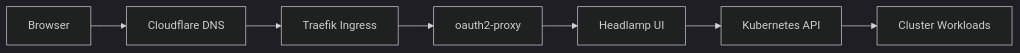
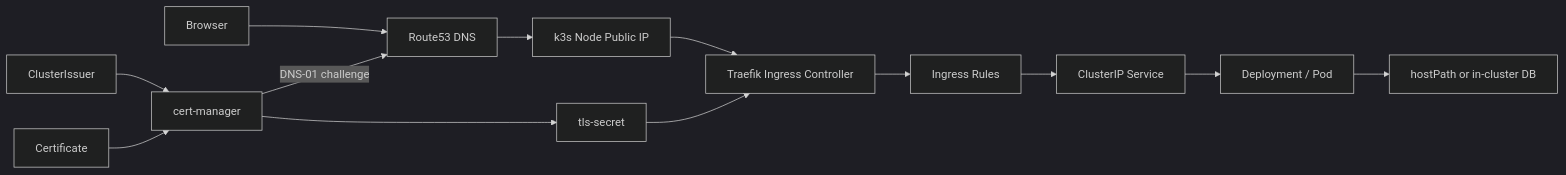
The first of 6 diagrams in README.md (bookseal/bit-habit-infra), drawn with Mermaid (dark theme) before and after one commit. The commit also changed other lines of this file, not shown here.

Commit message:
Rewrite README for beginner-friendly infra flow

````diff
--- a/README.md
+++ b/README.md
@@ -28,17 +21,23 @@
 ```mermaid
 flowchart LR
     User[Browser]
-    DNS[Cloudflare DNS]
-    Traefik[Traefik Ingress]
-    OAuth[oauth2-proxy]
-    Headlamp[Headlamp UI]
-    API[Kubernetes API]
-    Apps[Cluster Workloads]
+    R53[Route53 DNS]
+    Node[k3s Node Public IP]
+    Traefik[Traefik Ingress Controller]
+    Ingress[Ingress Rules]
+    Service[ClusterIP Service]
+    Pod[Deployment / Pod]
+    Data[hostPath or in-cluster DB]
 
-    User --> DNS
-    DNS --> Traefik
-    Traefik --> OAuth
-    OAuth --> Headlamp
-    Headlamp --> API
-    API --> Apps
+    Issuer[ClusterIssuer]
+    Cert[Certificate]
+    CM[cert-manager]
+    TLS[tls-secret]
+
+    User --> R53 --> Node --> Traefik --> Ingress --> Service --> Pod --> Data
+
+    Issuer --> CM
+    Cert --> CM
+    CM -->|DNS-01 challenge| R53
+    CM --> TLS --> Traefik
 ```
````
